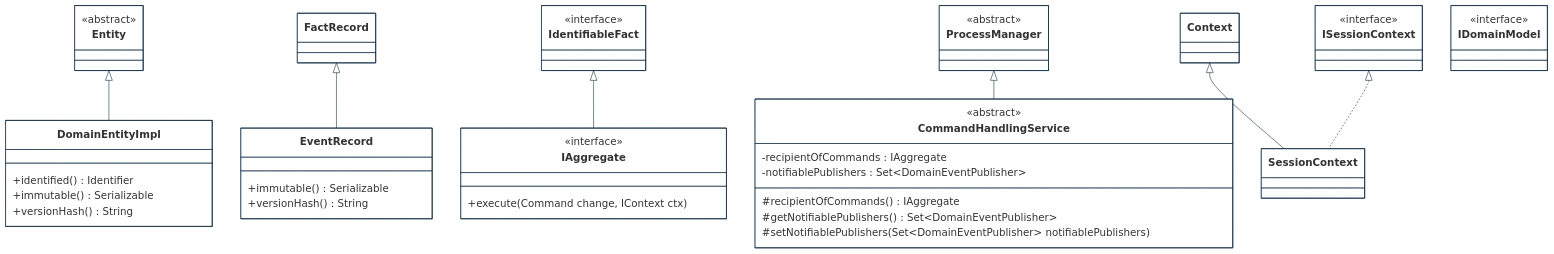
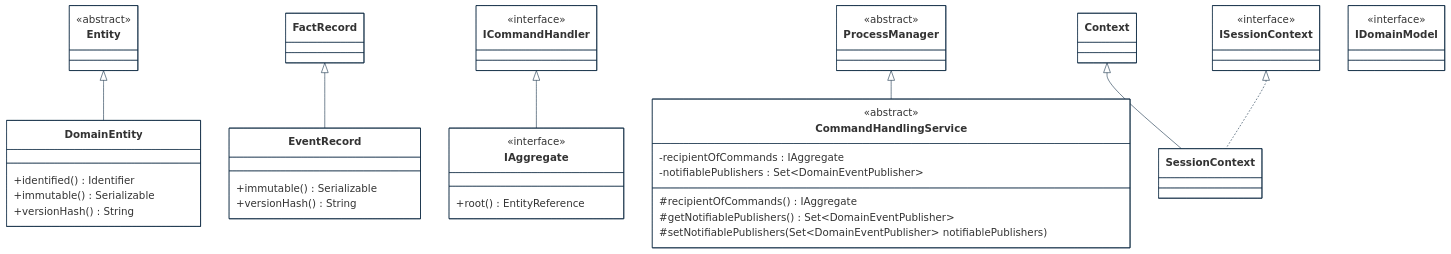
Before and after one commit to cybnity/foundation: the first of 5 diagrams in implementations-line/framework/domain/designview-packages.md, drawn with Mermaid. The commit also changed other lines of this file and 59 other files, not shown here.

````diff
--- a/implementations-line/framework/domain/designview-packages.md
+++ b/implementations-line/framework/domain/designview-packages.md
@@ -40,64 +43,64 @@
 ```mermaid
 %%{
   init: {
     'theme': 'base',
     'themeVariables': {
         'background': '#ffffff',
         'fontFamily': 'arial',
         'fontSize': '18px',
         'primaryColor': '#fff',
         'primaryBorderColor': '#0e2a43',
         'secondaryBorderColor': '#0e2a43',
         'tertiaryBorderColor': '#0e2a43',
         'edgeLabelBackground':'#0e2a43',
         'lineColor': '#0e2a43',
         'tertiaryColor': '#fff'
     }
   }
 }%%
 classDiagram
-    Entity <|-- DomainEntityImpl
+    Entity <|-- DomainEntity
     FactRecord <|-- EventRecord
-    IdentifiableFact <|-- IAggregate
+    ICommandHandler <|-- IAggregate
     ProcessManager <|-- CommandHandlingService
     Context <|-- SessionContext
     ISessionContext <|.. SessionContext
 
     class ISessionContext {
         <<interface>>
     }
     class CommandHandlingService {
         <<abstract>>
         -recipientOfCommands : IAggregate
         -notifiablePublishers : Set~DomainEventPublisher~
         #recipientOfCommands() IAggregate
         #getNotifiablePublishers() Set~DomainEventPublisher~
         #setNotifiablePublishers(Set~DomainEventPublisher~ notifiablePublishers)
     }
     class ProcessManager {
         <<abstract>>
     }
-    class IdentifiableFact {
+    class ICommandHandler {
         <<interface>>
     }
     class IAggregate {
         <<interface>>
-        +execute(Command change, IContext ctx)
+        +root() EntityReference
     }
     class Entity {
         <<abstract>>
     }
-    class DomainEntityImpl {
+    class DomainEntity {
         +identified() Identifier
         +immutable() Serializable
         +versionHash() String
     }
     class EventRecord {
         +immutable() Serializable
         +versionHash() String
     }
     class IDomainModel {
         <<interface>>
     }
 
 ```
````
